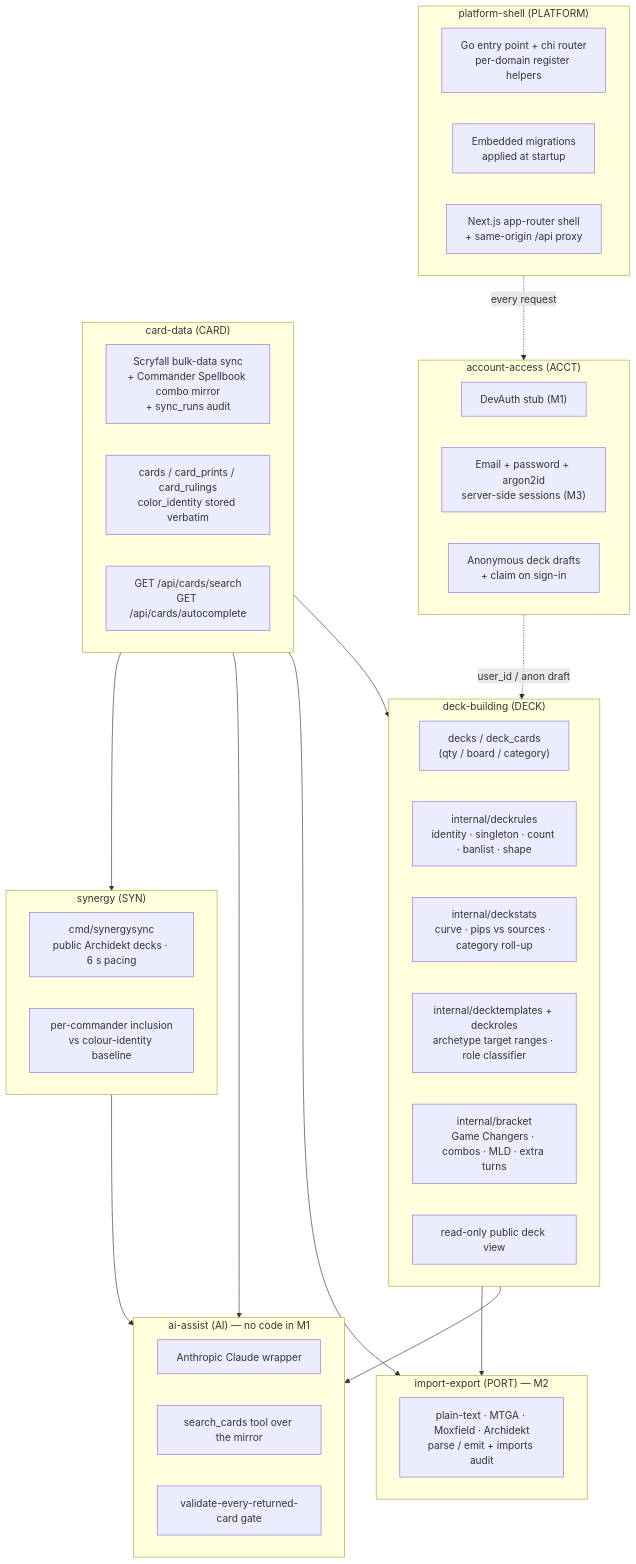
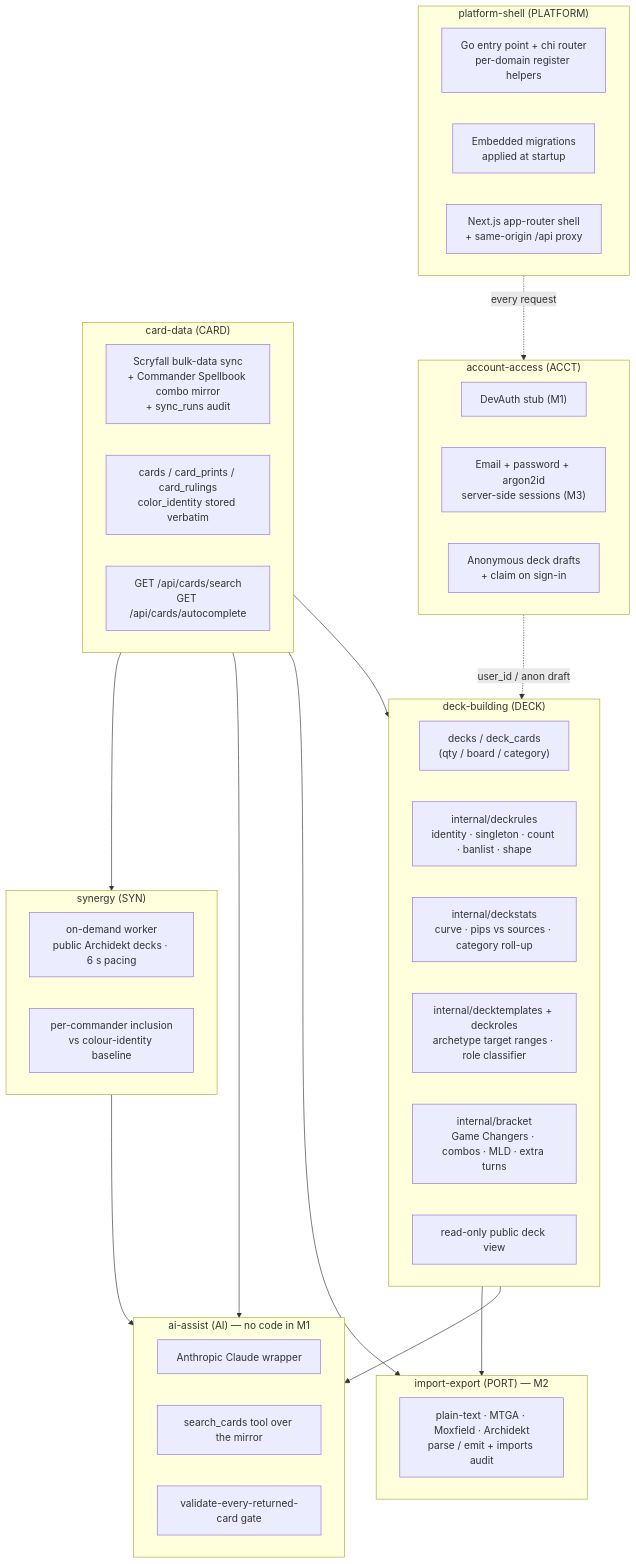
Before and after one commit to Sushi-Senpai/Manafold: the diagram in docs/high-level-design.md, drawn with Mermaid. The commit also changed other lines of this file and 42 other files, not shown here.

````diff
--- a/docs/high-level-design.md
+++ b/docs/high-level-design.md
@@ -132,55 +134,55 @@
 ```mermaid
 flowchart TB
     subgraph platform["platform-shell (PLATFORM)"]
         direction LR
         entry["Go entry point + chi router<br/>per-domain register helpers"]
         migrate["Embedded migrations<br/>applied at startup"]
         proxy["Next.js app-router shell<br/>+ same-origin /api proxy"]
     end
 
     subgraph access["account-access (ACCT)"]
         devauth["DevAuth stub (M1)"]
         login["Email + password + argon2id<br/>server-side sessions (M3)"]
         drafts["Anonymous deck drafts<br/>+ claim on sign-in"]
     end
 
     subgraph card["card-data (CARD)"]
         sync["Scryfall bulk-data sync<br/>+ Commander Spellbook combo mirror<br/>+ sync_runs audit"]
         mirror["cards / card_prints / card_rulings<br/>color_identity stored verbatim"]
         search["GET /api/cards/search<br/>GET /api/cards/autocomplete"]
     end
 
     subgraph deck["deck-building (DECK)"]
         decks["decks / deck_cards<br/>(qty / board / category)"]
         rules["internal/deckrules<br/>identity · singleton · count · banlist · shape"]
         stats["internal/deckstats<br/>curve · pips vs sources · category roll-up"]
         templates["internal/decktemplates + deckroles<br/>archetype target ranges · role classifier"]
         bracket["internal/bracket<br/>Game Changers · combos · MLD · extra turns"]
         share["read-only public deck view"]
     end
 
     subgraph ai["ai-assist (AI) — no code in M1"]
         client["Anthropic Claude wrapper"]
         tool["search_cards tool over the mirror"]
         gate["validate-every-returned-card gate"]
     end
 
     subgraph port["import-export (PORT) — M2"]
         parse["plain-text · MTGA · Moxfield · Archidekt<br/>parse / emit + imports audit"]
     end
 
     subgraph syn["synergy (SYN)"]
-        crawl["cmd/synergysync<br/>public Archidekt decks · 6 s pacing"]
+        crawl["on-demand worker<br/>public Archidekt decks · 6 s pacing"]
         aggs["per-commander inclusion<br/>vs colour-identity baseline"]
     end
 
     platform -. every request .-> access
     access -. user_id / anon draft .-> deck
     card --> deck
     card --> port
     card --> ai
     deck --> ai
     deck --> port
     card --> syn
     syn --> ai
 ```
````
